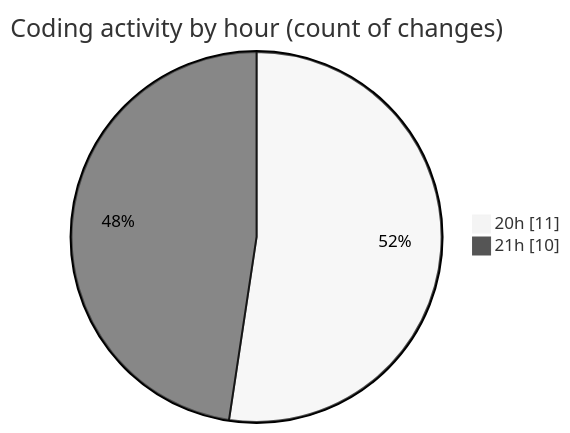
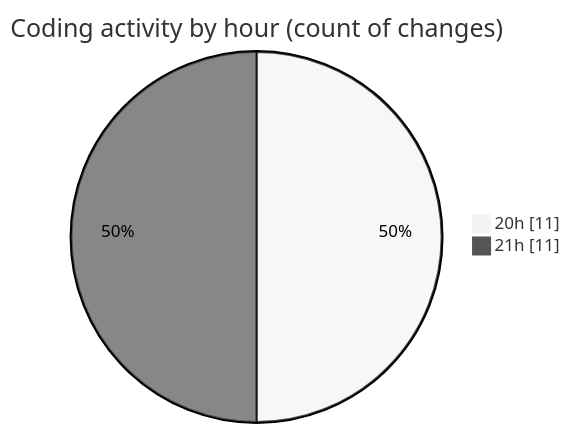
Before and after one commit to MatusMokan/code-tracking: the second of 2 diagrams in 2025-04-10/myws__workspace_/README.md, drawn with Mermaid (neutral theme). The commit also changed other lines of this file and 1 other file, not shown here.

````diff
--- a/2025-04-10/myws__workspace_/README.md
+++ b/2025-04-10/myws__workspace_/README.md
@@ -30,6 +30,6 @@
 ```mermaid
 pie showData
 title Coding activity by hour (count of changes)
 "20h" : 11
-"21h" : 10
+"21h" : 11
 ```
````
